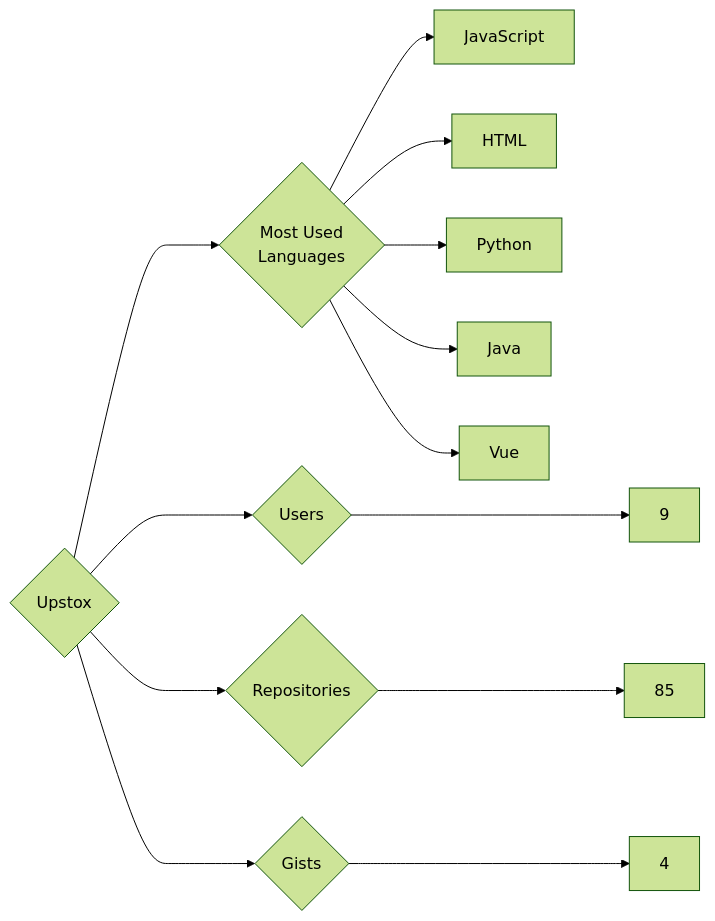
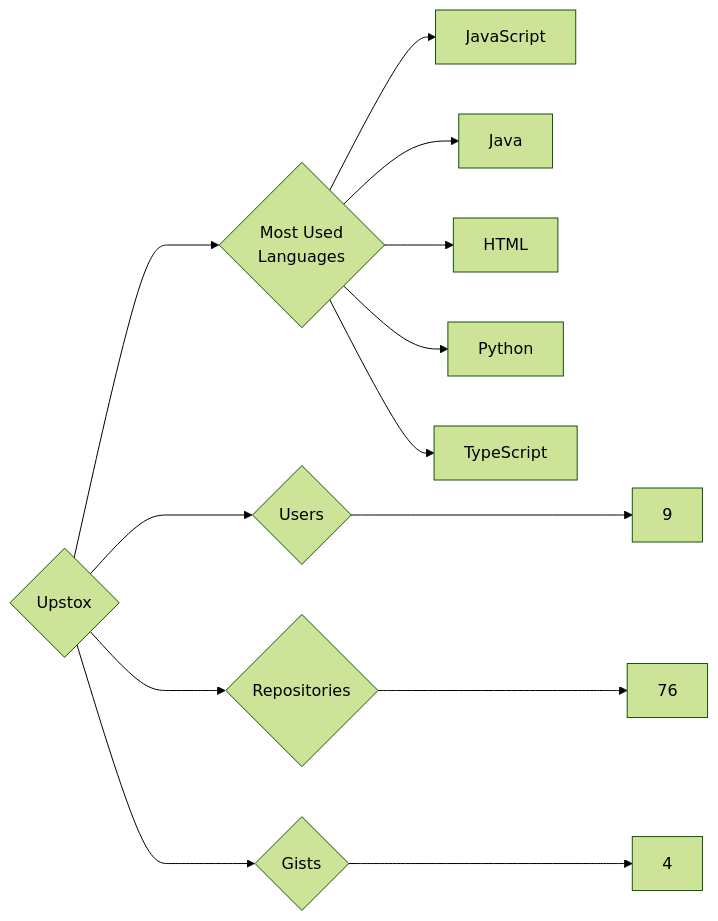
One commit to trickest/insiders changed the diagram in targets/Upstox/README.md. Above: the diagram before and after it, drawn with Mermaid (forest theme). The commit also changed 1389 other files, not shown here.

````diff
--- a/targets/Upstox/README.md
+++ b/targets/Upstox/README.md
@@ -3,13 +3,13 @@
 ```mermaid
 graph LR
 COMPANY_NAME{Upstox}
 COMPANY_NAME ---> U{Users} ---> UN[9]
-COMPANY_NAME ---> R{Repositories} ---> RN[85]
+COMPANY_NAME ---> R{Repositories} ---> RN[76]
 COMPANY_NAME ---> G{Gists} ---> GN[4]
 COMPANY_NAME ---> ML{Most Used<br>Languages}
 ML --> JavaScript[JavaScript]
+ML --> Java[Java]
 ML --> HTML[HTML]
 ML --> Python[Python]
-ML --> Java[Java]
-ML --> Vue[Vue]
+ML --> TypeScript[TypeScript]
 ```
````
